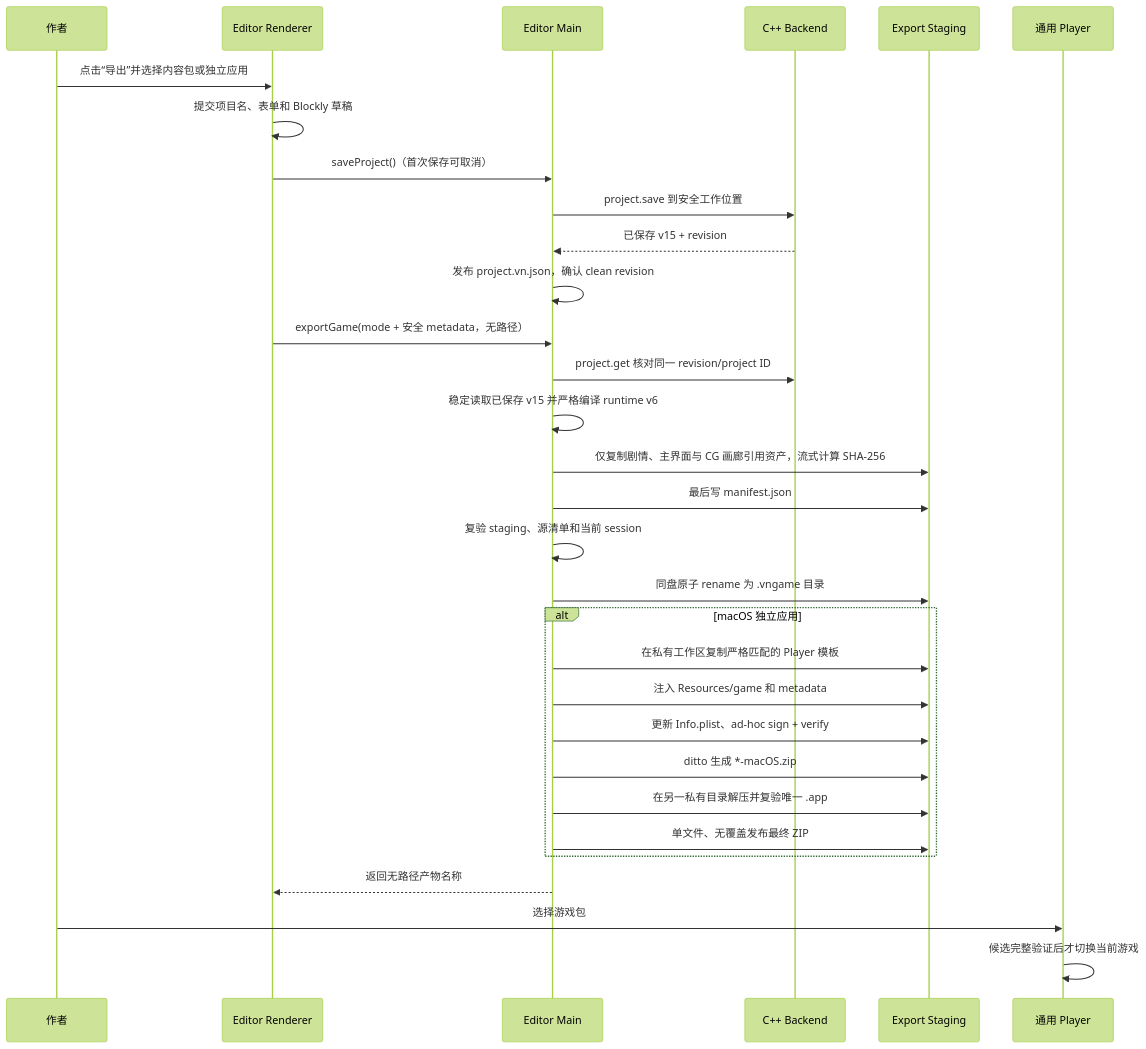
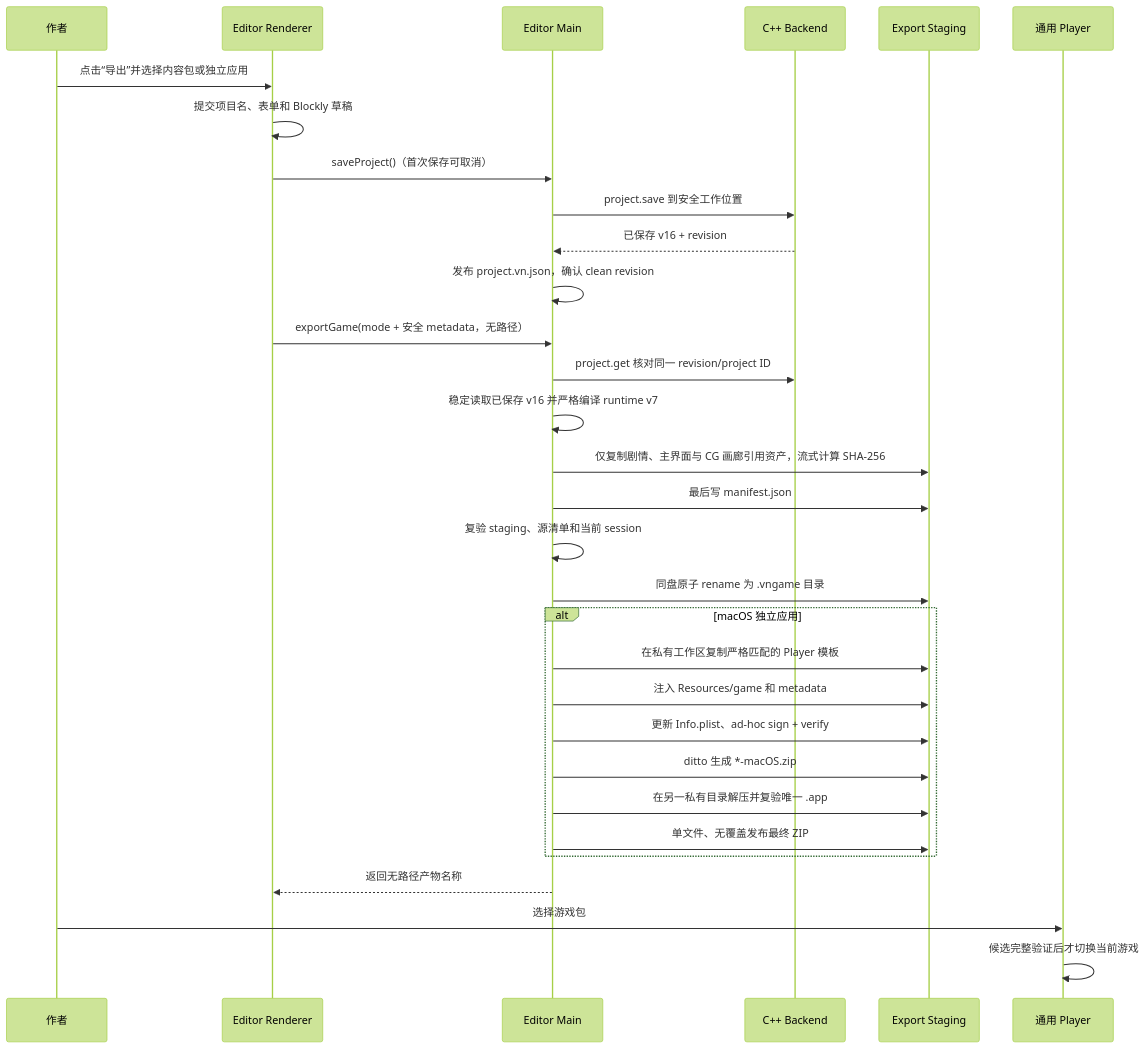
One commit to DarkboyRyan/Scratch-Novel-Engine changed the second of 3 diagrams in docs/game-export-player.md. Above: the diagram before and after it, drawn with Mermaid (forest theme). The commit also changed other lines of this file and 115 other files, not shown here.

````diff
--- a/docs/game-export-player.md
+++ b/docs/game-export-player.md
@@ -337,34 +346,34 @@
 ```mermaid
 sequenceDiagram
   participant User as 作者
   participant UI as Editor Renderer
   participant Main as Editor Main
   participant CPP as C++ Backend
   participant Stage as Export Staging
   participant Player as 通用 Player
 
   User->>UI: 点击“导出”并选择内容包或独立应用
   UI->>UI: 提交项目名、表单和 Blockly 草稿
   UI->>Main: saveProject()（首次保存可取消）
   Main->>CPP: project.save 到安全工作位置
-  CPP-->>Main: 已保存 v15 + revision
+  CPP-->>Main: 已保存 v16 + revision
   Main->>Main: 发布 project.vn.json，确认 clean revision
   UI->>Main: exportGame(mode + 安全 metadata，无路径）
   Main->>CPP: project.get 核对同一 revision/project ID
-  Main->>Main: 稳定读取已保存 v15 并严格编译 runtime v6
+  Main->>Main: 稳定读取已保存 v16 并严格编译 runtime v7
   Main->>Stage: 仅复制剧情、主界面与 CG 画廊引用资产，流式计算 SHA-256
   Main->>Stage: 最后写 manifest.json
   Main->>Main: 复验 staging、源清单和当前 session
   Main->>Stage: 同盘原子 rename 为 .vngame 目录
   alt macOS 独立应用
     Main->>Stage: 在私有工作区复制严格匹配的 Player 模板
     Main->>Stage: 注入 Resources/game 和 metadata
     Main->>Stage: 更新 Info.plist、ad-hoc sign + verify
     Main->>Stage: ditto 生成 *-macOS.zip
     Main->>Stage: 在另一私有目录解压并复验唯一 .app
     Main->>Stage: 单文件、无覆盖发布最终 ZIP
   end
   Main-->>UI: 返回无路径产物名称
   User->>Player: 选择游戏包
   Player->>Player: 候选完整验证后才切换当前游戏
 ```
````
